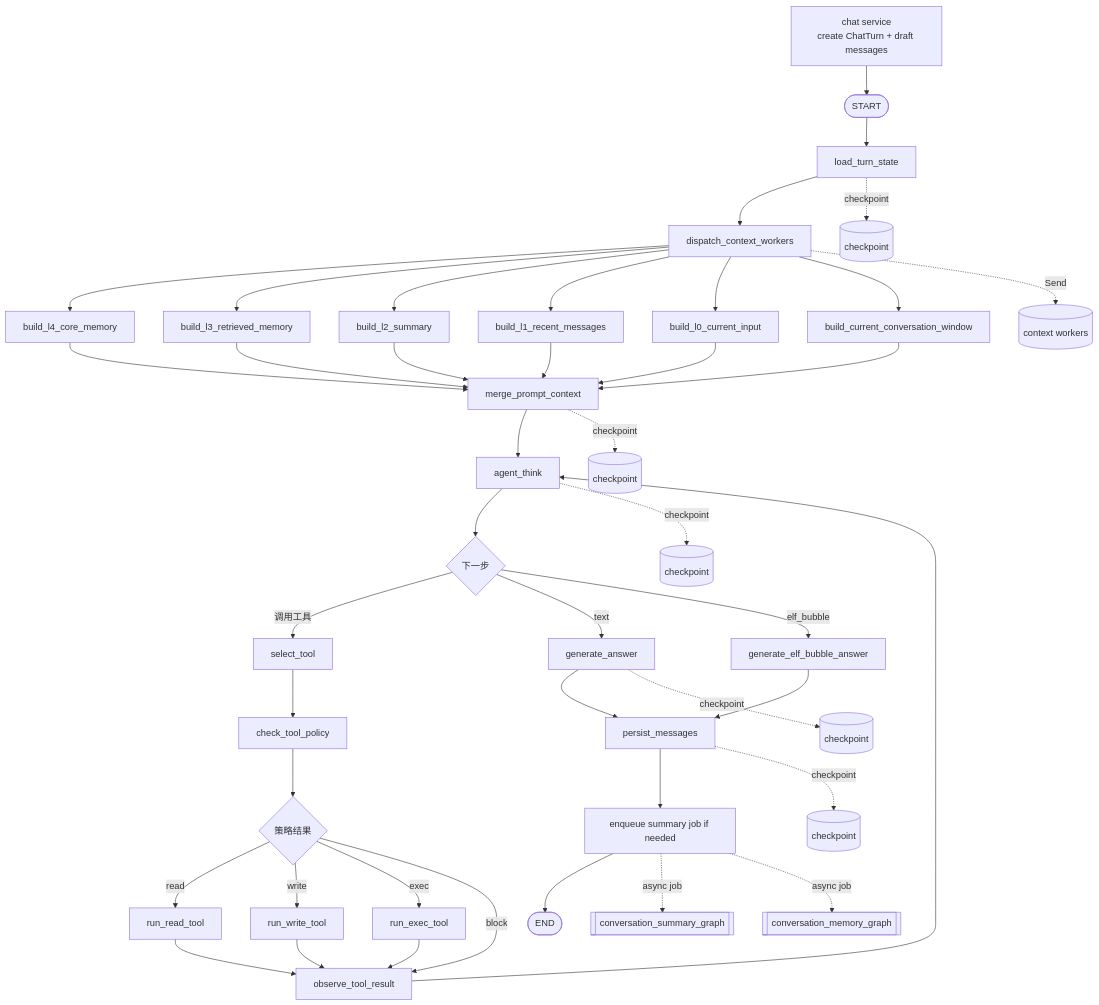
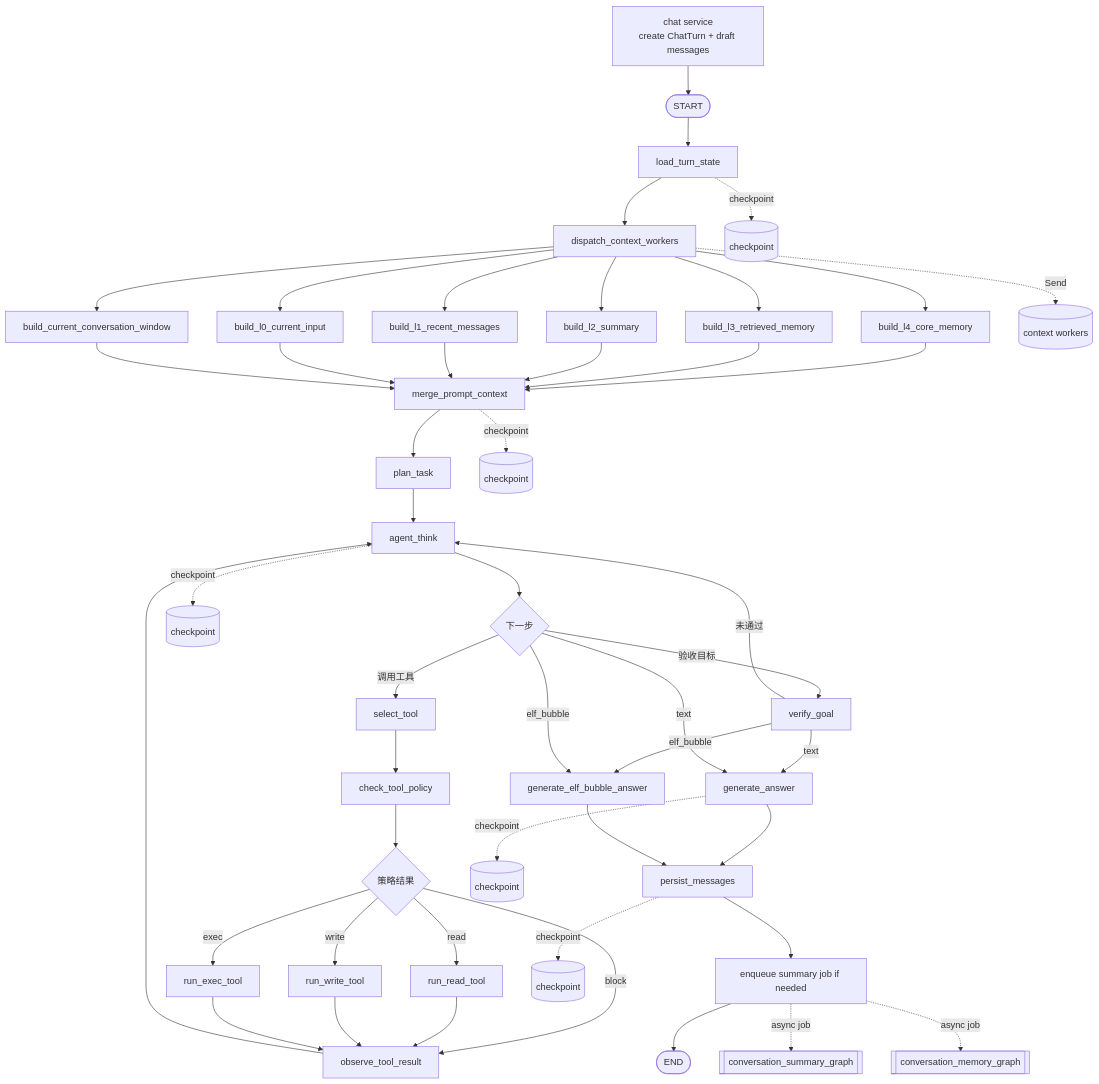
One commit to LiuJiaxuan1024/AiMemo changed the first of 5 diagrams in docs/agent/memory-chat-graph.md. Above: the diagram before and after it, drawn with Mermaid. The commit also changed other lines of this file and 18 other files, not shown here.

````diff
--- a/docs/agent/memory-chat-graph.md
+++ b/docs/agent/memory-chat-graph.md
@@ -11,46 +11,51 @@
 ```mermaid
 flowchart TD
     Precreate[chat service<br/>create ChatTurn + draft messages] --> Start([START])
     Start([START]) --> Load[load_turn_state]
     Load --> Dispatch[dispatch_context_workers]
     Dispatch --> L4[build_l4_core_memory]
     Dispatch --> L3[build_l3_retrieved_memory]
     Dispatch --> L2[build_l2_summary]
     Dispatch --> L1[build_l1_recent_messages]
     Dispatch --> L0[build_l0_current_input]
     Dispatch --> Window[build_current_conversation_window]
     L4 --> Merge[merge_prompt_context]
     L3 --> Merge
     L2 --> Merge
     L1 --> Merge
     L0 --> Merge
     Window --> Merge
-    Merge --> AgentThink[agent_think]
+    Merge --> PlanTask[plan_task]
+    PlanTask --> AgentThink[agent_think]
     AgentThink --> Route{下一步}
     Route -->|调用工具| SelectTool[select_tool]
     SelectTool --> Policy[check_tool_policy]
     Policy --> PolicyRoute{策略结果}
     PolicyRoute -->|read| RunRead[run_read_tool]
     PolicyRoute -->|write| RunWrite[run_write_tool]
     PolicyRoute -->|exec| RunExec[run_exec_tool]
     PolicyRoute -->|block| Observe[observe_tool_result]
     RunRead --> Observe
     RunWrite --> Observe
     RunExec --> Observe
     Observe --> AgentThink
+    Route -->|验收目标| Verify[verify_goal]
+    Verify -->|未通过| AgentThink
+    Verify -->|text| Generate
+    Verify -->|elf_bubble| BubbleGenerate
     Route -->|text| Generate[generate_answer]
     Route -->|elf_bubble| BubbleGenerate[generate_elf_bubble_answer]
     Generate --> Persist[persist_messages]
     BubbleGenerate --> Persist
     Persist --> MaybeSummary[enqueue summary job if needed]
     MaybeSummary --> End([END])
     MaybeSummary -. async job .-> SummaryGraph[[conversation_summary_graph]]
     MaybeSummary -. async job .-> MemoryGraph[[conversation_memory_graph]]
 
     Load -. checkpoint .-> CP1[(checkpoint)]
     Dispatch -. Send .-> Workers[(context workers)]
     Merge -. checkpoint .-> CP2[(checkpoint)]
     AgentThink -. checkpoint .-> CP3[(checkpoint)]
     Generate -. checkpoint .-> CP4[(checkpoint)]
     Persist -. checkpoint .-> CP5[(checkpoint)]
 ```
````
